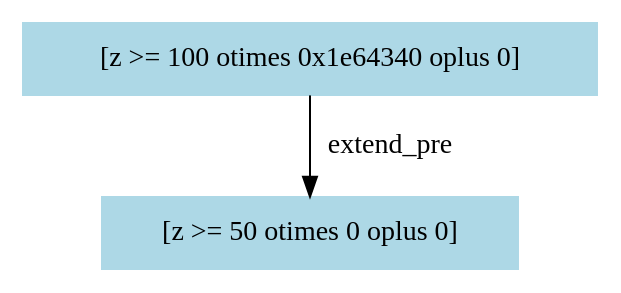
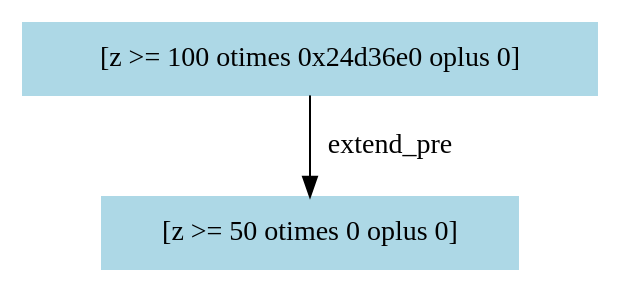
Before and after one commit to RangerBu/st-checker: the diagram in outputs/weights-graphs/10.dot, drawn with Graphviz. The commit also changed 51 other files, not shown here.

```diff
--- a/outputs/weights-graphs/10.dot
+++ b/outputs/weights-graphs/10.dot
@@ -1,5 +1,5 @@
 digraph "[ELSIF z < 200 THEN]" {
-"0x1e642d0" [label="[z >= 100 otimes 0x1e64340 oplus 0]", color=lightblue,style=filled,shape=box]
-"0x1e642d0" -> "0x1e64340" [label=extend_pre,color=black]
-"0x1e64340" [label="[z >= 50 otimes 0 oplus 0]", color=lightblue,style=filled,shape=box]
+"0x24d3650" [label="[z >= 100 otimes 0x24d36e0 oplus 0]", color=lightblue,style=filled,shape=box]
+"0x24d3650" -> "0x24d36e0" [label=extend_pre,color=black]
+"0x24d36e0" [label="[z >= 50 otimes 0 oplus 0]", color=lightblue,style=filled,shape=box]
 }
```
